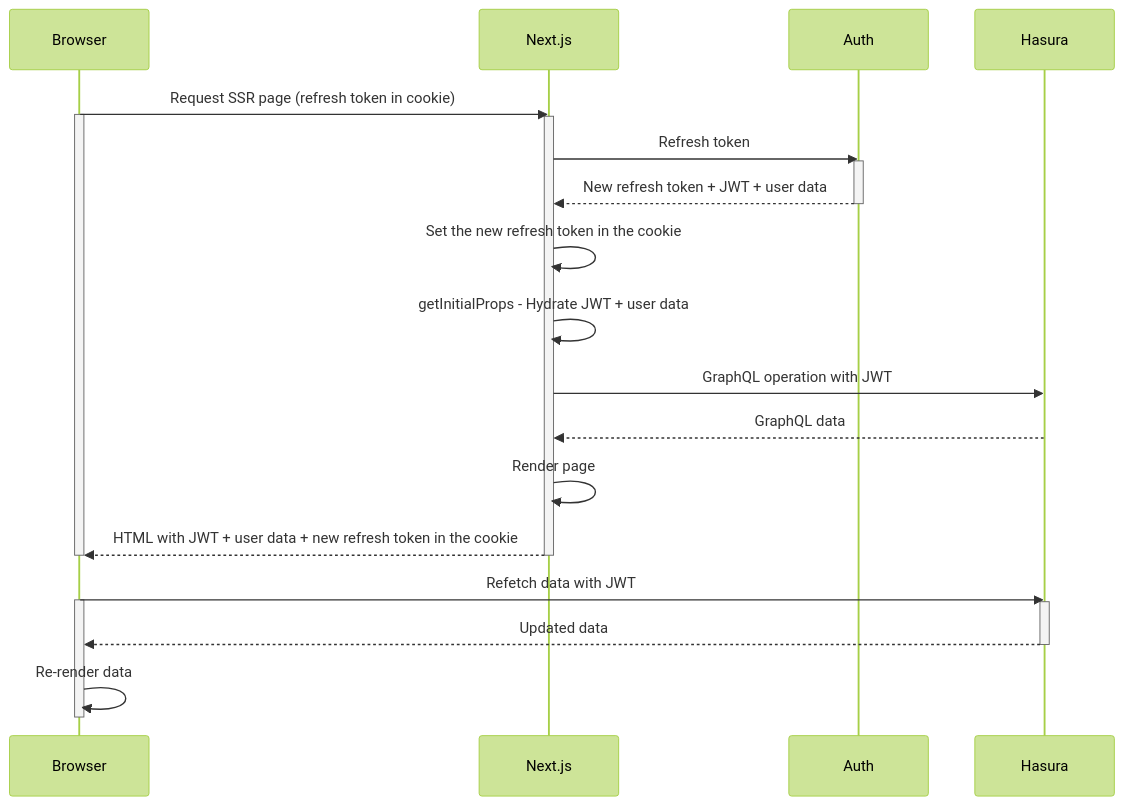
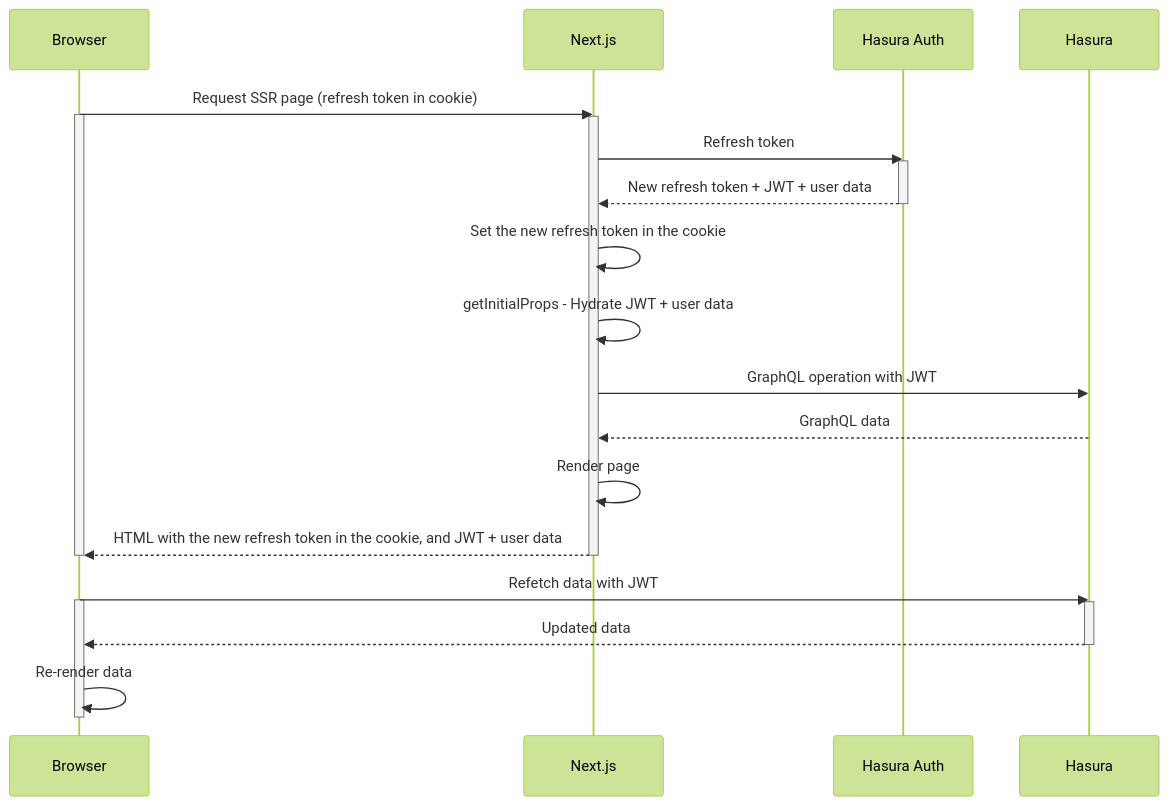
Before and after one commit to nhost/nhost: the third of 4 diagrams in docs/content/docs/reference/nextjs/index.mdx, drawn with Mermaid (forest theme). The commit also changed other lines of this file, not shown here.

Commit message:
docs: rework on mermaid diagrams

````diff
--- a/docs/content/docs/reference/nextjs/index.mdx
+++ b/docs/content/docs/reference/nextjs/index.mdx
@@ -57,25 +61,29 @@
 ```mermaid
 sequenceDiagram
-    Browser->>Next.js: Request SSR page (refresh token in cookie)
-    activate Browser
-    activate Next.js
-    Next.js->>Auth: Refresh token
-    activate Auth
-    Auth-->>Next.js: New refresh token + JWT + user data
-    deactivate Auth
-    Next.js->>Next.js: Set the new refresh token in the cookie
-    Next.js->>Next.js: getInitialProps - Hydrate JWT + user data
-    Next.js->>Hasura: GraphQL operation with JWT
-    Hasura-->>Next.js: GraphQL data
-    Next.js->>Next.js: Render page
-    Next.js-->>Browser: HTML with JWT + user data + new refresh token in the cookie
-    deactivate Next.js
-    deactivate Browser
-    Browser->>Hasura: Refetch data with JWT
-    activate Browser
-    activate Hasura
-    Hasura-->>Browser: Updated data
-    deactivate Hasura
-    Browser->>Browser: Re-render data
-    deactivate Browser
+    participant browser as Browser
+    participant next as Next.js
+    participant auth as Hasura Auth
+    participant hasura as Hasura
+    browser->>next: Request SSR page (refresh token in cookie)
+    activate browser
+    activate next
+    next->>auth: Refresh token
+    activate auth
+    auth-->>next: New refresh token + JWT + user data
+    deactivate auth
+    next->>next: Set the new refresh token in the cookie
+    next->>next: getInitialProps - Hydrate JWT + user data
+    next->>hasura: GraphQL operation with JWT
+    hasura-->>next: GraphQL data
+    next->>next: Render page
+    next-->>browser: HTML with the new refresh token in the cookie, and JWT + user data
+    deactivate next
+    deactivate browser
+    browser->>hasura: Refetch data with JWT
+    activate browser
+    activate hasura
+    hasura-->>browser: Updated data
+    deactivate hasura
+    browser->>browser: Re-render data
+    deactivate browser
 ```
````
